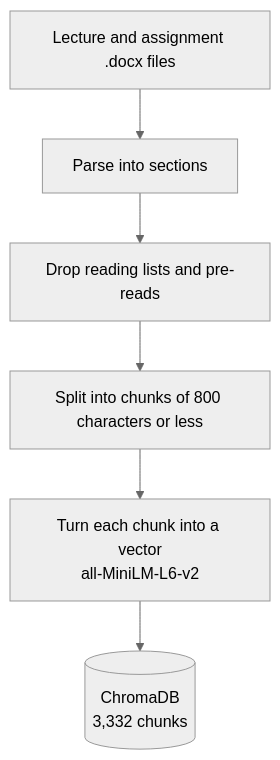
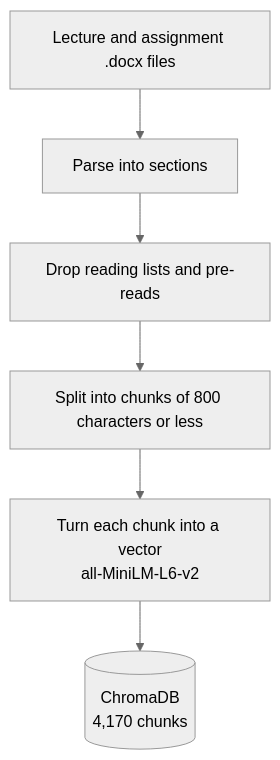
The first of 3 diagrams in README.md (nitu-hora/studybuddy-ai), drawn with Mermaid (neutral theme) before and after one commit. The commit also changed other lines of this file and 2 other files, not shown here.

Commit message:
Update app, cache, docs and roadmap

````diff
--- a/README.md
+++ b/README.md
@@ -36,8 +41,8 @@
 ```mermaid
 flowchart TD
     A[Lecture and assignment .docx files] --> B[Parse into sections]
     B --> C[Drop reading lists and pre-reads]
     C --> D[Split into chunks of 800 characters or less]
     D --> E[Turn each chunk into a vector<br/>all-MiniLM-L6-v2]
-    E --> F[(ChromaDB<br/>3,332 chunks)]
+    E --> F[(ChromaDB<br/>4,170 chunks)]
 ```
````
